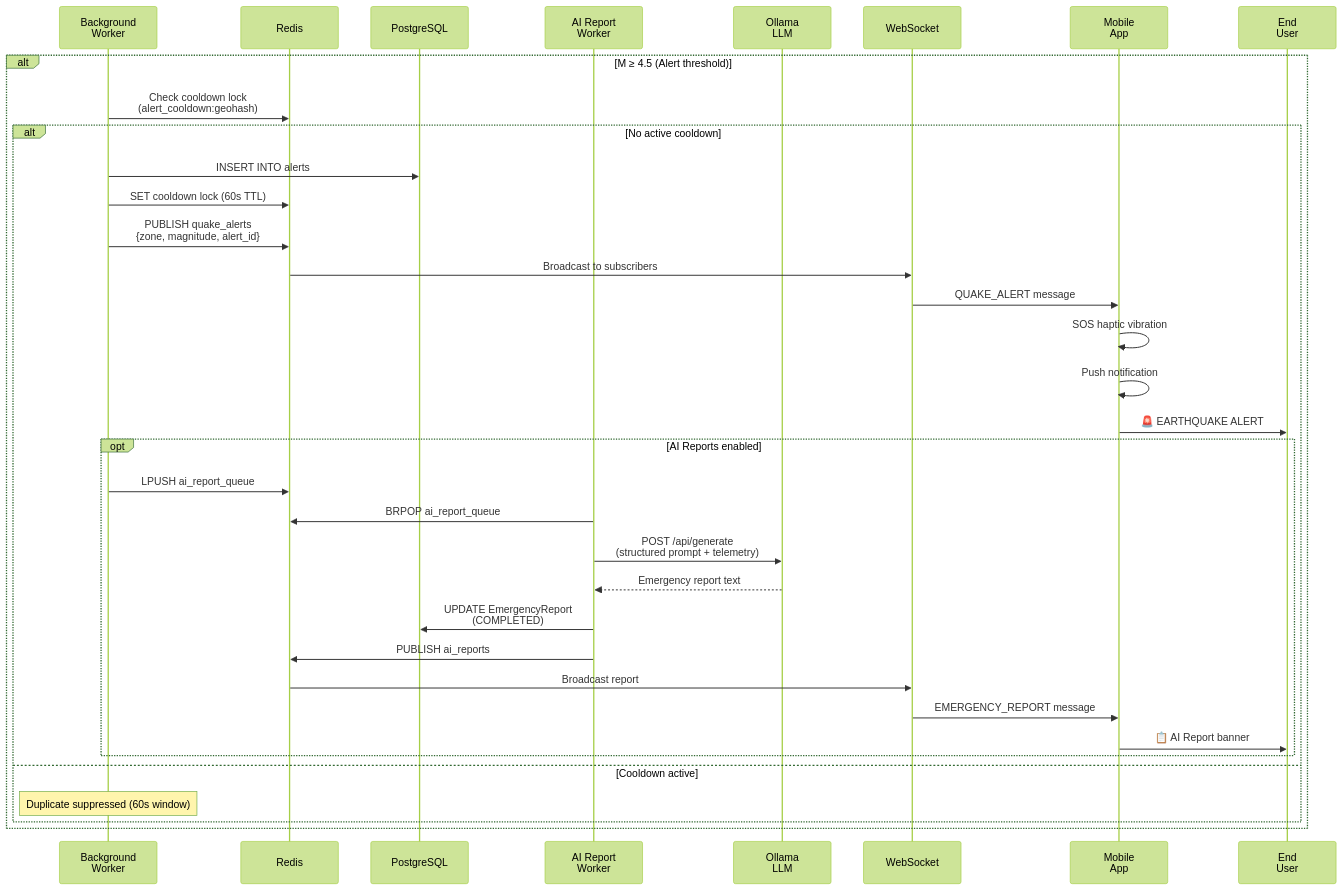
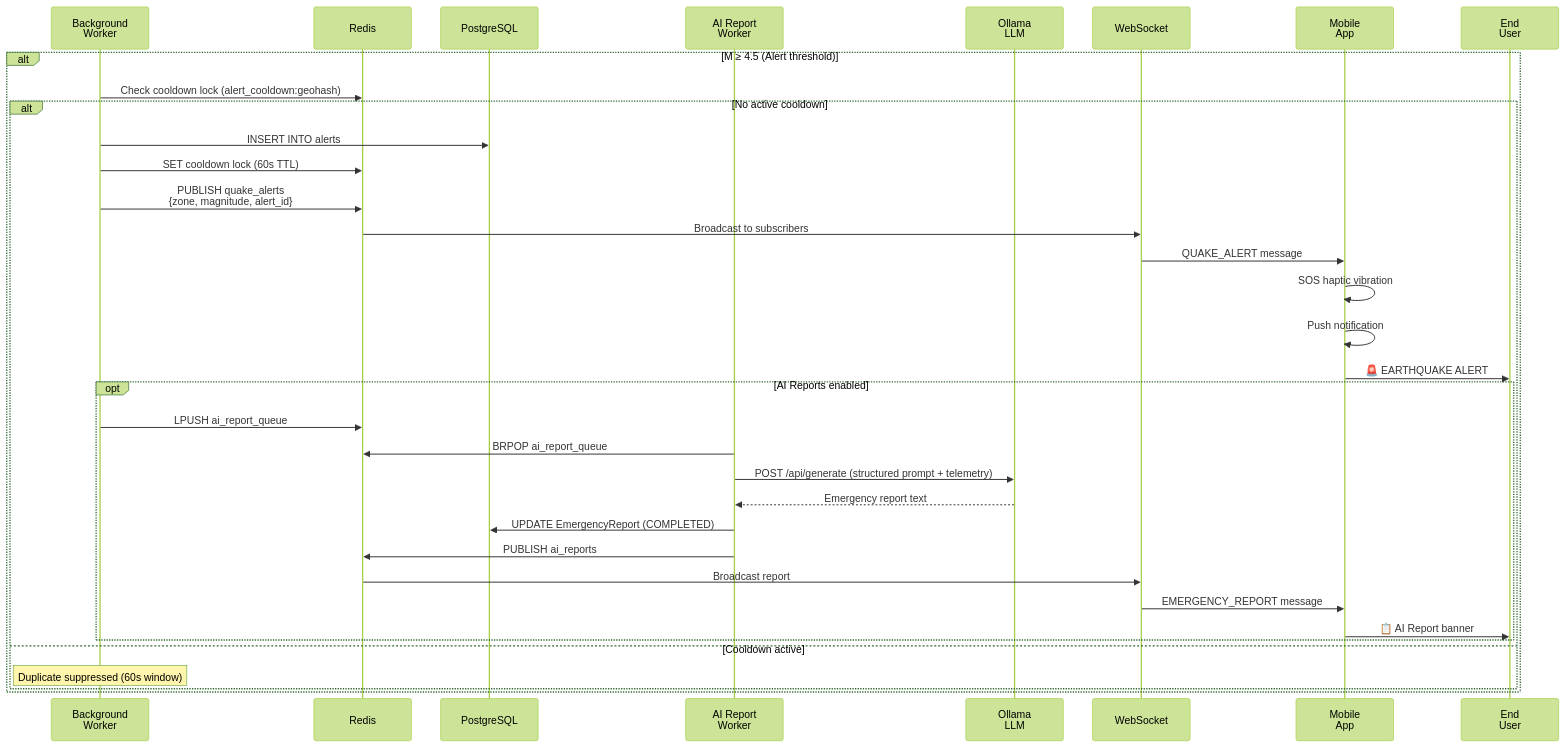
One commit to GiZano/QuakeGuard changed the second of 2 diagrams in docs/diagrams/sequence-alert-delivery.md. Above: the diagram before and after it, drawn with Mermaid (forest theme). The commit also changed other lines of this file and 14 other files, not shown here.

Commit message:
docs(whitepaper): apply fixed-size diagrams and prevent pdf page overflow

````diff
--- a/docs/diagrams/sequence-alert-delivery.md
+++ b/docs/diagrams/sequence-alert-delivery.md
@@ -41,44 +56,44 @@
 ```mermaid
-%%{init: {"sequence": {"actorFontSize": 20, "messageFontSize": 18, "noteFontSize": 18}}}%%
+%%{init: {"sequence": {"actorFontSize": 22, "messageFontSize": 20, "noteFontSize": 20, "actorMargin": 45, "messageMargin": 18, "boxMargin": 5, "boxTextMargin": 4, "noteMargin": 7, "diagramMarginX": 15, "diagramMarginY": 6}}}%%
 sequenceDiagram
     participant Worker as Background<br/>Worker
     participant Redis as Redis
     participant DB as PostgreSQL
     participant AI as AI Report<br/>Worker
     participant Ollama as Ollama<br/>LLM
     participant WS as WebSocket
     participant App as Mobile<br/>App
     participant User as End<br/>User
 
     alt M ≥ 4.5 (Alert threshold)
-        Worker->>Redis: Check cooldown lock<br/>(alert_cooldown:geohash)
+        Worker->>Redis: Check cooldown lock (alert_cooldown:geohash)
 
         alt No active cooldown
             Worker->>DB: INSERT INTO alerts
             Worker->>Redis: SET cooldown lock (60s TTL)
             Worker->>Redis: PUBLISH quake_alerts<br/>{zone, magnitude, alert_id}
 
             Redis->>WS: Broadcast to subscribers
             WS->>App: QUAKE_ALERT message
 
             App->>App: SOS haptic vibration
             App->>App: Push notification
             App->>User: 🚨 EARTHQUAKE ALERT
 
             opt AI Reports enabled
                 Worker->>Redis: LPUSH ai_report_queue
                 AI->>Redis: BRPOP ai_report_queue
-                AI->>Ollama: POST /api/generate<br/>(structured prompt + telemetry)
+                AI->>Ollama: POST /api/generate (structured prompt + telemetry)
                 Ollama-->>AI: Emergency report text
-                AI->>DB: UPDATE EmergencyReport<br/>(COMPLETED)
+                AI->>DB: UPDATE EmergencyReport (COMPLETED)
                 AI->>Redis: PUBLISH ai_reports
                 Redis->>WS: Broadcast report
                 WS->>App: EMERGENCY_REPORT message
                 App->>User: 📋 AI Report banner
             end
 
         else Cooldown active
             Note over Worker: Duplicate suppressed (60s window)
         end
     end
 ```
````
